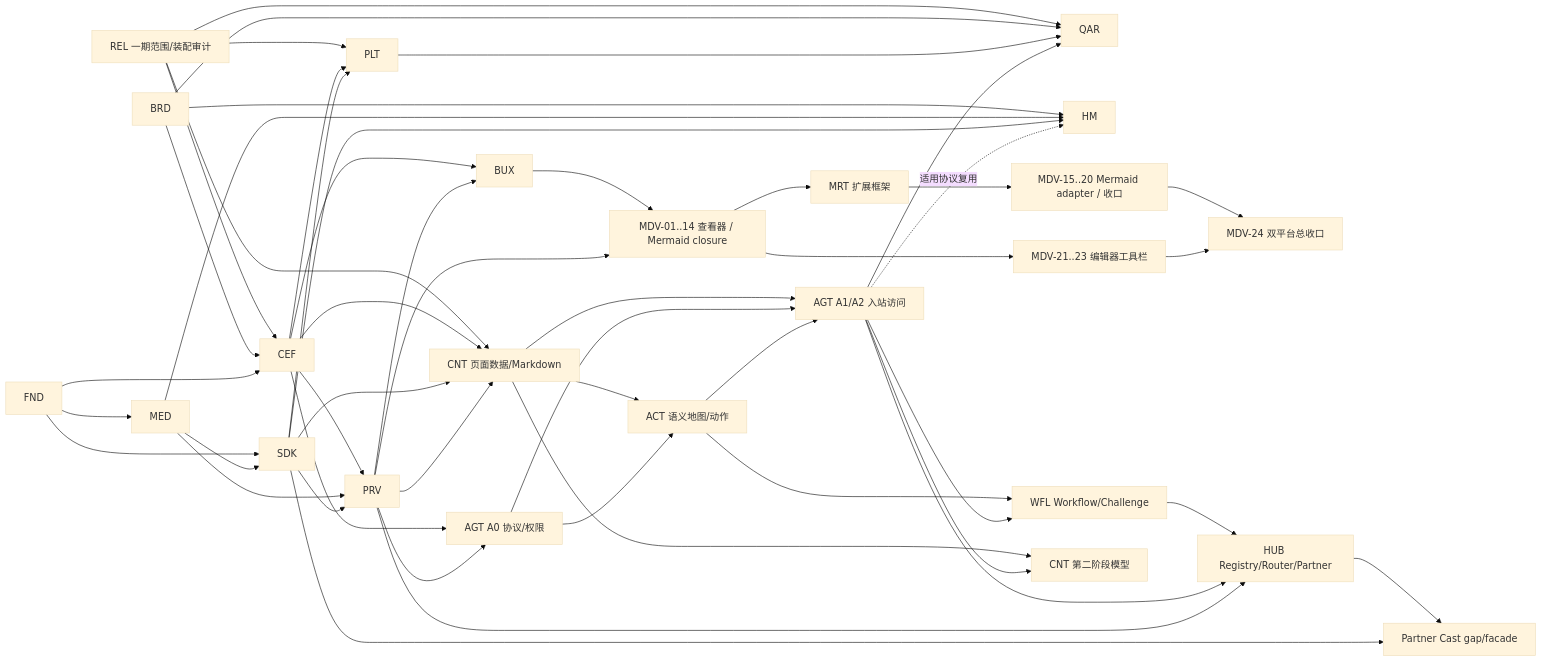
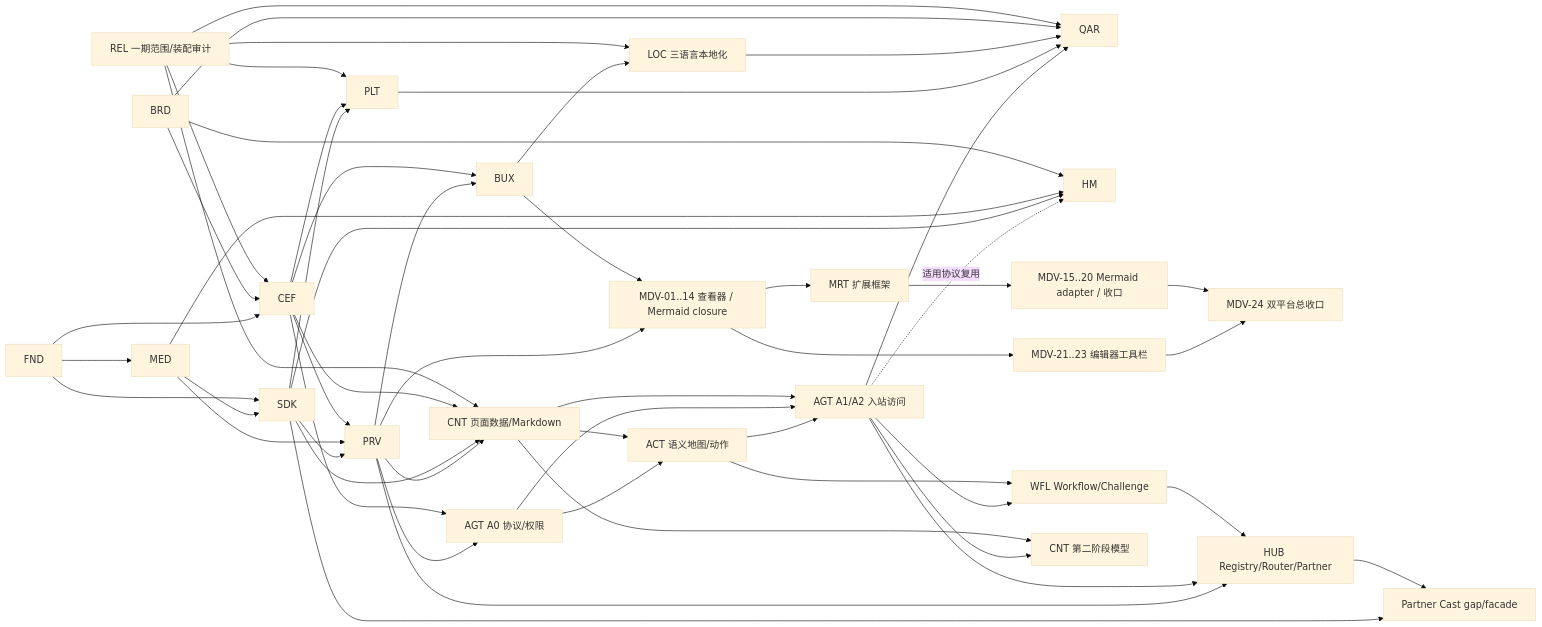
One commit to shenyingjun5/crayon-browser changed the diagram in docs/crayon-private-cast-browser-roadmap.md. Above: the diagram before and after it, drawn with Mermaid (base theme). The commit also changed other lines of this file and 61 other files, not shown here.

````diff
--- a/docs/crayon-private-cast-browser-roadmap.md
+++ b/docs/crayon-private-cast-browser-roadmap.md
@@ -60,52 +63,55 @@
 ```mermaid
 flowchart LR
   REL["REL 一期范围/装配审计"] --> CEF
   REL --> CNT
   REL --> PLT
   REL --> QAR
+  REL --> LOC
   BRD --> CEF
   BRD --> HM
   BRD --> QAR
   FND --> CEF
   CEF --> BUX
+  BUX --> LOC["LOC 三语言本地化"]
+  LOC --> QAR
   PRV --> BUX
   BUX --> MDVBASE["MDV-01..14 查看器 / Mermaid closure"]
   PRV --> MDVBASE
   MDVBASE --> MRT["MRT 扩展框架"]
   MRT --> MDVEXT["MDV-15..20 Mermaid adapter / 收口"]
   MDVBASE --> MDVTOOL["MDV-21..23 编辑器工具栏"]
   MDVEXT --> MDVFINAL["MDV-24 双平台总收口"]
   MDVTOOL --> MDVFINAL
   FND --> MED
   FND --> SDK
   MED --> SDK
   CEF --> PLT
   SDK --> PLT
   CEF --> PRV
   MED --> PRV
   SDK --> PRV
   CEF --> CNT["CNT 页面数据/Markdown"]
   SDK --> CNT
   PRV --> CNT
   CEF --> AGT0["AGT A0 协议/权限"]
   PRV --> AGT0
   CNT --> AGT1["AGT A1/A2 入站访问"]
   CNT --> ACT["ACT 语义地图/动作"]
   AGT0 --> ACT
   AGT0 --> AGT1
   ACT --> AGT1
   ACT --> WFL["WFL Workflow/Challenge"]
   AGT1 --> WFL
   WFL --> HUB["HUB Registry/Router/Partner"]
   AGT1 --> HUB
   PRV --> HUB
   CNT --> MODEL["CNT 第二阶段模型"]
   AGT1 --> MODEL
   HUB --> PC["Partner Cast gap/facade"]
   SDK --> PC
   PLT --> QAR
   AGT1 --> QAR
   MED --> HM
   SDK --> HM
   AGT1 -. "适用协议复用" .-> HM
 ```
````
